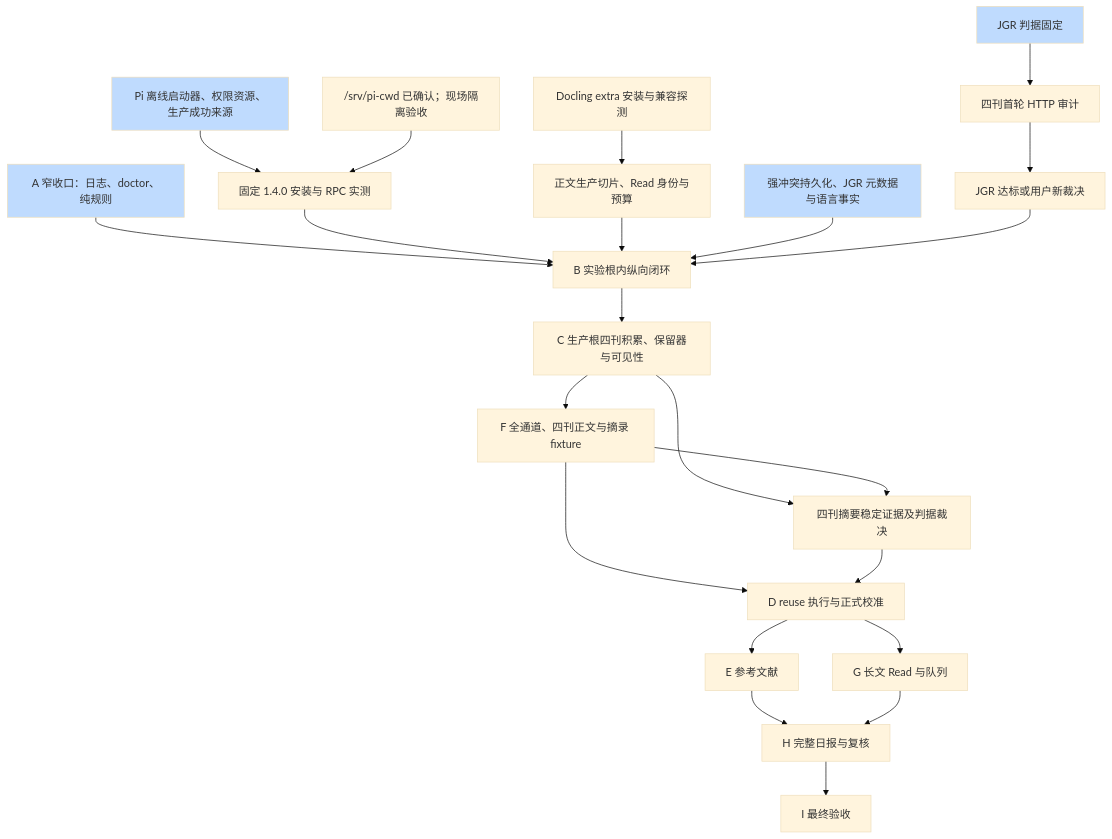
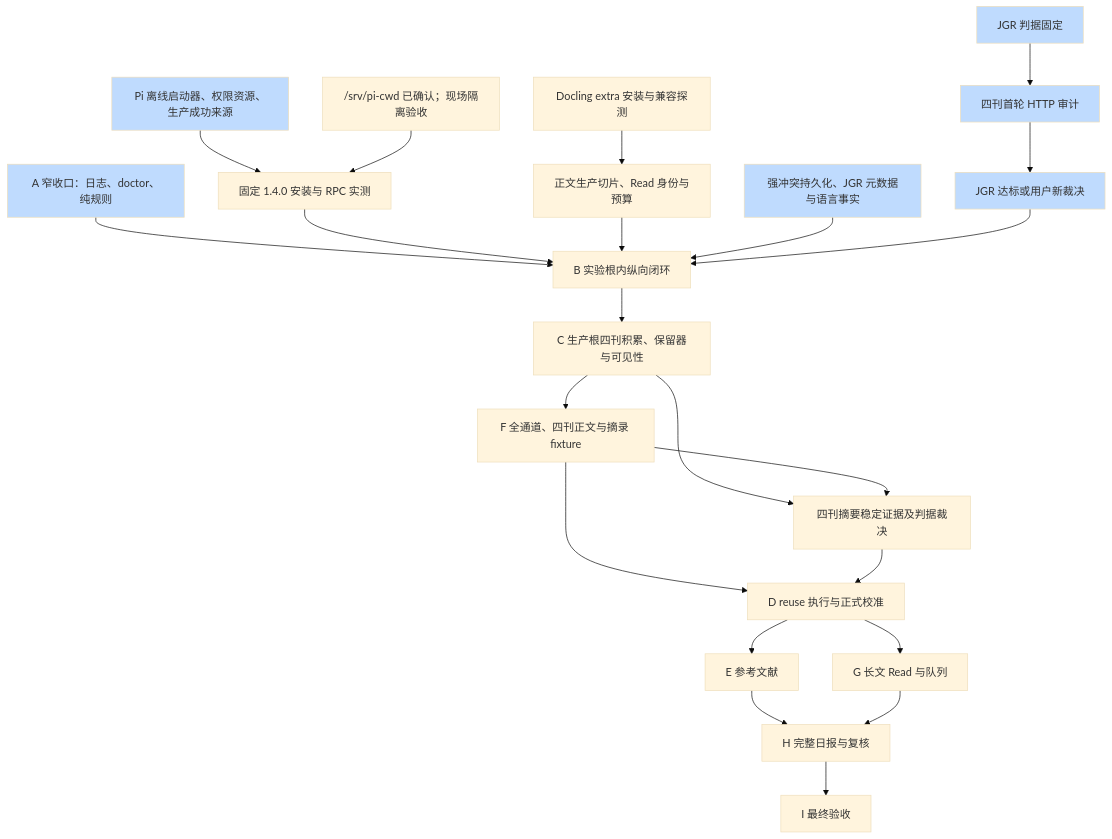
One commit to MeteoBoy4/PaperRadar changed the diagram in docs/roadmap.md. Above: the diagram before and after it, drawn with Mermaid (base theme). The commit also changed other lines of this file and 2 other files, not shown here.

Commit message:
docs: record EXP-1 HTTP audit and source handoff (#145)

````diff
--- a/docs/roadmap.md
+++ b/docs/roadmap.md
@@ -19,26 +19,26 @@
 ```mermaid
 flowchart TD
   J[JGR 判据固定] --> Audit[四刊首轮 HTTP 审计]
   Audit --> Source[JGR 达标或用户新裁决]
   A[A 窄收口：日志、doctor、纯规则] --> B[B 实验根内纵向闭环]
   Pi[Pi 离线启动器、权限资源、生产成功来源] --> Live[固定 1.4.0 安装与 RPC 实测]
   Cwd["/srv/pi-cwd 已确认；现场隔离验收"] --> Live
   Live --> B
   Extra[Docling extra 安装与兼容探测] --> Body[正文生产切片、Read 身份与预算]
   Body --> B
   Feed[强冲突持久化、JGR 元数据与语言事实] --> B
   Source --> B
   B --> C[C 生产根四刊积累、保留器与可见性]
   C --> F[F 全通道、四刊正文与摘录 fixture]
   C --> Abstract[四刊摘要稳定证据及判据裁决]
   F --> Abstract
   F --> D[D reuse 执行与正式校准]
   Abstract --> D
   D --> E[E 参考文献]
   D --> G[G 长文 Read 与队列]
   E --> H[H 完整日报与复核]
   G --> H
   H --> I[I 最终验收]
   classDef completed fill:#bfdbfe
-  class J,A,Pi,Feed completed
+  class J,Audit,Source,A,Pi,Feed completed
 ```
````
